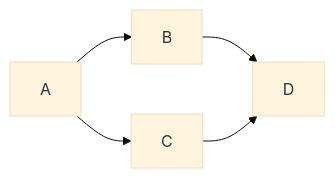
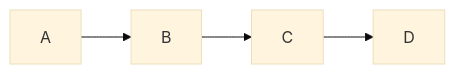
One commit to romulomenezesjr/edd-js changed the diagram in 03-estruturas-lineares/04-listas/README.md. Above: the diagram before and after it, drawn with Mermaid (base theme).

````diff
--- a/03-estruturas-lineares/04-listas/README.md
+++ b/03-estruturas-lineares/04-listas/README.md
@@ -39,7 +39,7 @@
 ```mermaid
   graph LR;
       A-->B;
-      A-->C;
-      B-->D;
+      B-->C;
       C-->D;
+      
 ```
````
